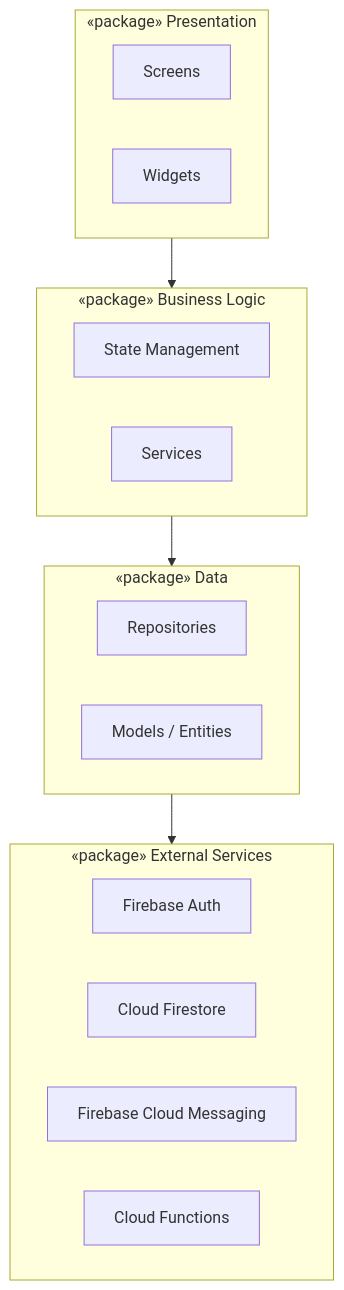
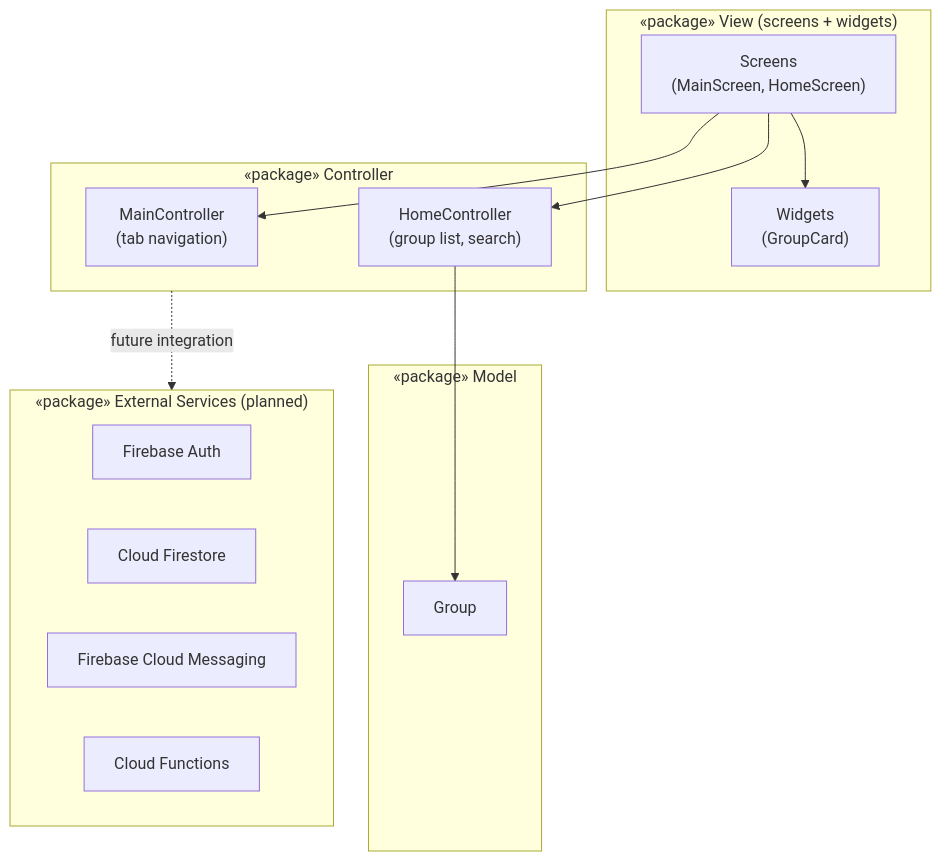
Before and after one commit to danielramaa/aura: the second of 3 diagrams in README.md, drawn with Mermaid. The commit also changed other lines of this file, not shown here.

Commit message:
refactor: update architecture description to MVC pattern in README.md

````diff
--- a/README.md
+++ b/README.md
@@ -393,28 +393,29 @@
 ```mermaid
 graph TD
-    subgraph Presentation["«package» Presentation"]
-        SCREENS[Screens]
-        WIDGETS[Widgets]
+    subgraph View["«package» View (screens + widgets)"]
+        SCREENS["Screens\n(MainScreen, HomeScreen)"]
+        WIDGETS["Widgets\n(GroupCard)"]
     end
 
-    subgraph BusinessLogic["«package» Business Logic"]
-        STATE[State Management]
-        SERVICES[Services]
+    subgraph Controller["«package» Controller"]
+        MC["MainController\n(tab navigation)"]
+        HC["HomeController\n(group list, search)"]
     end
 
-    subgraph DataLayer["«package» Data"]
-        REPOS[Repositories]
-        MODELS[Models / Entities]
+    subgraph Model["«package» Model"]
+        GROUP["Group"]
     end
 
-    subgraph ExternalServices["«package» External Services"]
+    subgraph ExternalServices["«package» External Services (planned)"]
         FAUTH[Firebase Auth]
         FIRESTORE[Cloud Firestore]
         FCM[Firebase Cloud Messaging]
         CFUNCTIONS[Cloud Functions]
     end
 
-    Presentation --> BusinessLogic
-    BusinessLogic --> DataLayer
-    DataLayer --> ExternalServices
+    SCREENS --> MC
+    SCREENS --> HC
+    SCREENS --> WIDGETS
+    HC --> GROUP
+    Controller -.->|future integration| ExternalServices
 ```
````
